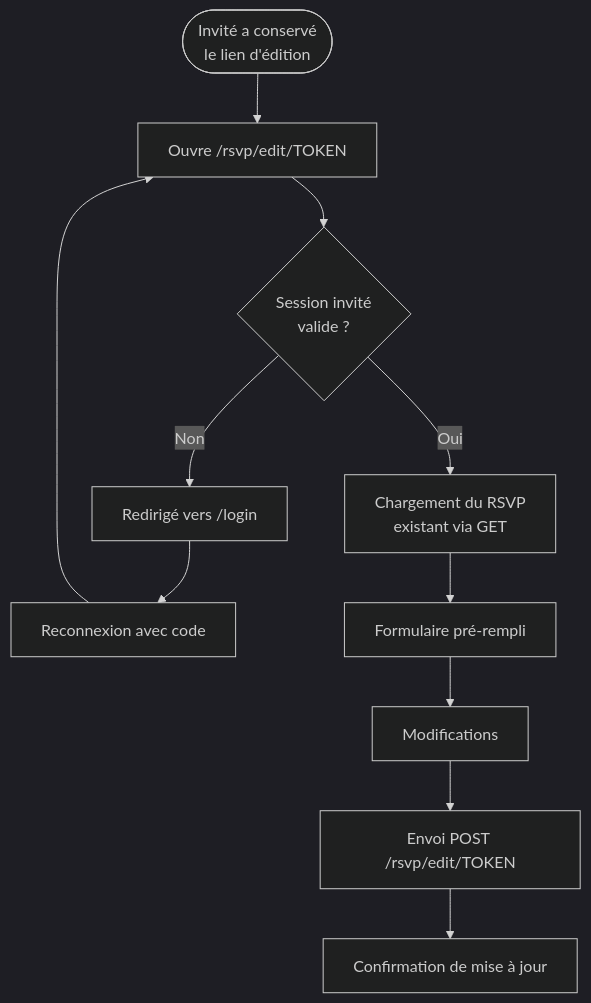
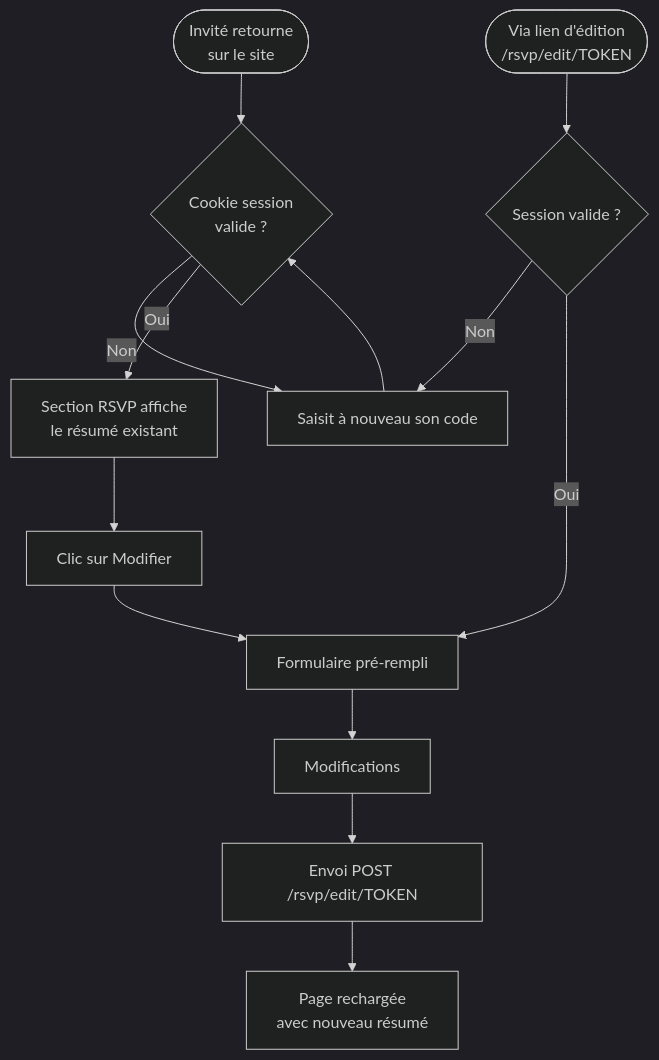
Before and after one commit to queezzy/wedding_project: the second of 3 diagrams in docs/FUNCTIONAL.md, drawn with Mermaid (dark theme). The commit also changed other lines of this file and 3 other files, not shown here.

````diff
--- a/docs/FUNCTIONAL.md
+++ b/docs/FUNCTIONAL.md
@@ -178,13 +180,16 @@
 ```mermaid
 flowchart TD
-    A([Invité a conservé\nle lien d'édition]) --> B[Ouvre /rsvp/edit/TOKEN]
-    B --> C{Session invité\nvalide ?}
-    C -- Non --> D[Redirigé vers /login]
-    D --> E[Reconnexion avec code]
-    E --> B
-    C -- Oui --> F[Chargement du RSVP\nexistant via GET]
-    F --> G[Formulaire pré-rempli]
-    G --> H[Modifications]
-    H --> I[Envoi POST /rsvp/edit/TOKEN]
-    I --> J[Confirmation de mise à jour]
+    A([Invité retourne\nsur le site]) --> B{Cookie session\nvalide ?}
+    B -- Non --> C[Saisit à nouveau son code]
+    C --> B
+    B -- Oui --> D[Section RSVP affiche\nle résumé existant]
+    D --> E[Clic sur Modifier]
+    E --> F[Formulaire pré-rempli]
+    F --> G[Modifications]
+    G --> H[Envoi POST /rsvp/edit/TOKEN]
+    H --> I[Page rechargée\navec nouveau résumé]
+
+    J([Via lien d'édition\n/rsvp/edit/TOKEN]) --> K{Session valide ?}
+    K -- Non --> C
+    K -- Oui --> F
 ```
````
